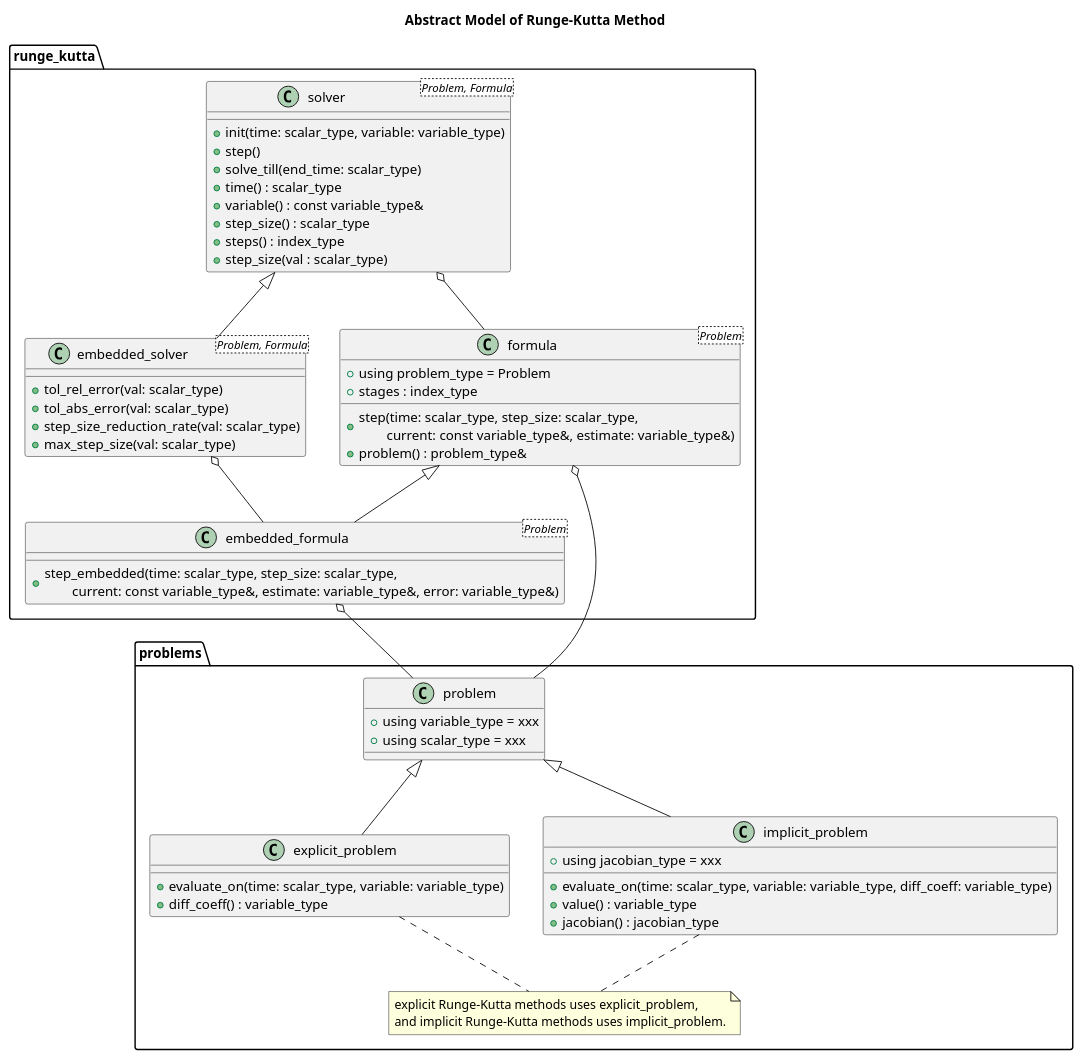
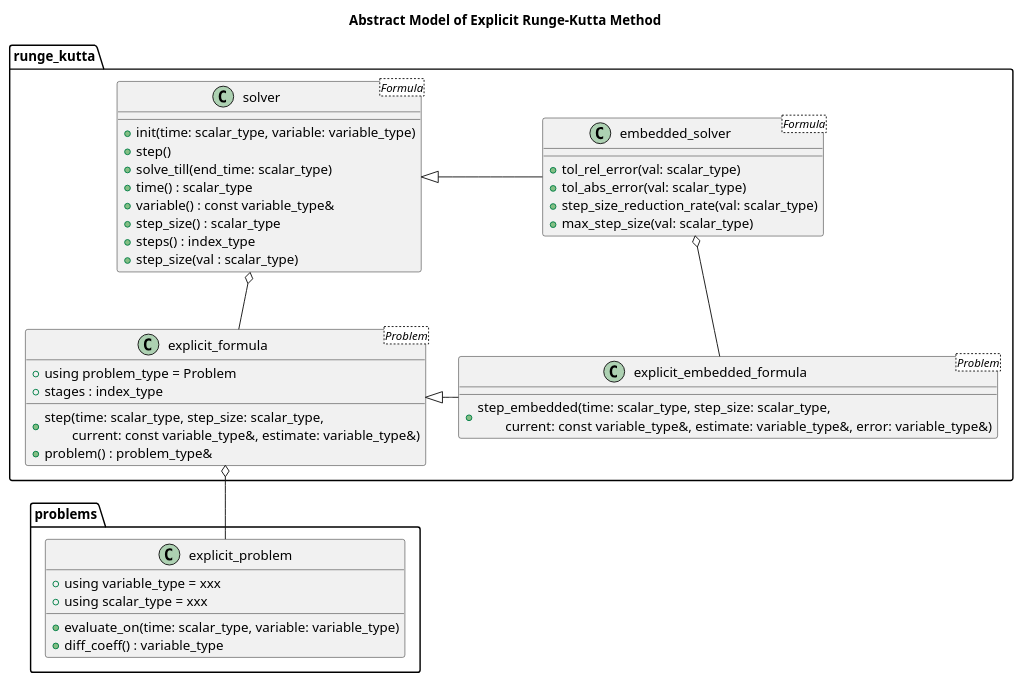
One commit to MusicScience37/numerical-collection-cpp changed the first of 2 diagrams in doc/sphinx/src/basic_design/ode.rst. Above: the diagram before and after it, drawn with PlantUML. The commit also changed other lines of this file, not shown here.

Commit message:
doc: update model

```diff
--- a/doc/sphinx/src/basic_design/ode.rst
+++ b/doc/sphinx/src/basic_design/ode.rst
@@ -16,68 +16,48 @@
 .. uml::
 
-    title Abstract Model of Runge-Kutta Method
+    title Abstract Model of Explicit Runge-Kutta Method
 
     package problems {
-        class problem {
+        class explicit_problem {
             + using variable_type = xxx
             + using scalar_type = xxx
-        }
-
-        class explicit_problem {
             + evaluate_on(time: scalar_type, variable: variable_type)
             + diff_coeff() : variable_type
         }
-        problem <|-- explicit_problem
-
-        class implicit_problem {
-            + using jacobian_type = xxx
-            + evaluate_on(time: scalar_type, variable: variable_type, diff_coeff: variable_type)
-            + value() : variable_type
-            + jacobian() : jacobian_type
-        }
-        problem <|-- implicit_problem
-
-        note as problem_type_note
-            explicit Runge-Kutta methods uses explicit_problem,
-            and implicit Runge-Kutta methods uses implicit_problem.
-        end note
-        explicit_problem .. problem_type_note
-        implicit_problem .. problem_type_note
     }
 
     package runge_kutta {
-        class formula<Problem> {
+        class explicit_formula<Problem> {
             + using problem_type = Problem
             + stages : index_type
             + step(time: scalar_type, step_size: scalar_type,\n\tcurrent: const variable_type&, estimate: variable_type&)
             + problem() : problem_type&
         }
-        formula o-- problem
+        explicit_formula o-- explicit_problem
 
-        class embedded_formula<Problem> {
+        class explicit_embedded_formula<Problem> {
             + step_embedded(time: scalar_type, step_size: scalar_type,\n\tcurrent: const variable_type&, estimate: variable_type&, error: variable_type&)
         }
-        formula <|-- embedded_formula
-        embedded_formula o-- problem
+        explicit_formula <|- explicit_embedded_formula
 
-        class solver<Problem, Formula> {
+        class solver<Formula> {
             + init(time: scalar_type, variable: variable_type)
             + step()
             + solve_till(end_time: scalar_type)
             + time() : scalar_type
             + variable() : const variable_type&
             + step_size() : scalar_type
             + steps() : index_type
             + step_size(val : scalar_type)
         }
-        solver o-- formula
+        solver o-- explicit_formula
 
-        class embedded_solver<Problem, Formula> {
+        class embedded_solver<Formula> {
             + tol_rel_error(val: scalar_type)
             + tol_abs_error(val: scalar_type)
             + step_size_reduction_rate(val: scalar_type)
             + max_step_size(val: scalar_type)
         }
-        solver <|-- embedded_solver
-        embedded_solver o-- embedded_formula
+        solver <|- embedded_solver
+        embedded_solver o-- explicit_embedded_formula
     }
```
